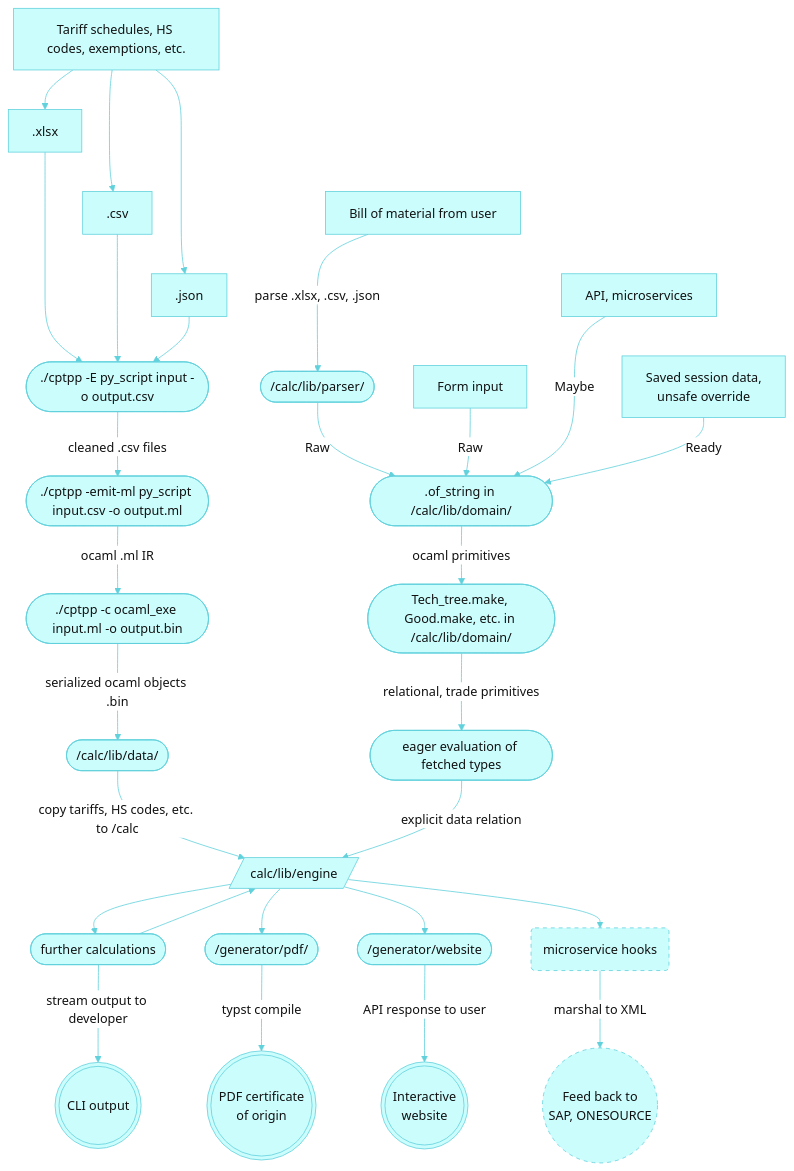
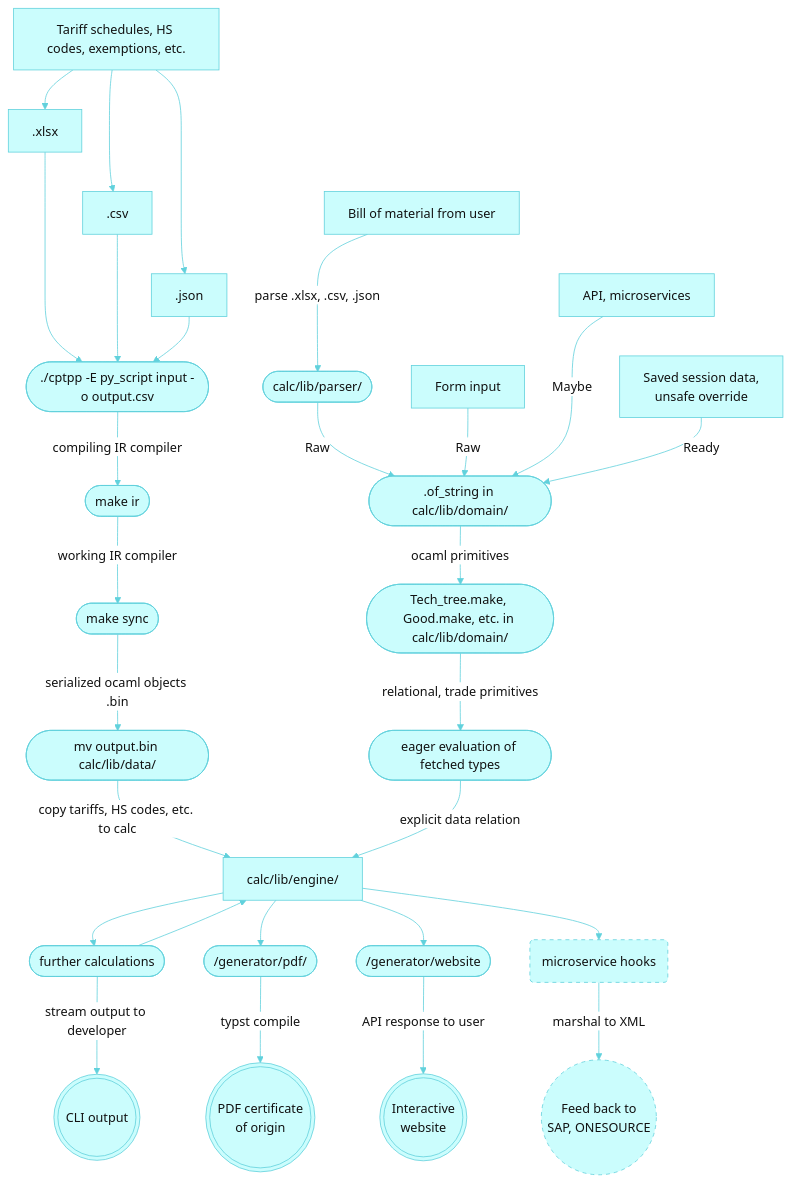
Before and after one commit to nguyenhoangan-monkey/cptpp-calculator: the diagram in README.md, drawn with Mermaid. The commit also changed 4 other files, not shown here.

Commit message:
add the flowchart

````diff
--- a/README.md
+++ b/README.md
@@ -27,63 +27,63 @@
 ```mermaid
 %%{init: {
   'theme': 'base', 
   'themeVariables': {
     'background': '#CBFDFD',
     'primaryColor': '#CBFDFD',
     'primaryTextColor': '#111111',
     'lineColor': '#61D1DC',
     'edgeLabelBackground': '#ffffff',
     'subgraphBackground': '#CBFDFD',
     'subgraphBorderColor': '#61D1DC',
     'clusterBkg': '#CBFDFD',
     'clusterBorder': '#61D1DC',
     'nodeBorder': '#61D1DC'
   } 
 }}%%
 graph TD
     Source[Tariff schedules, HS codes, exemptions, etc.] --> XLSX_Ingress
     Source --> CSV_Ingress
     Source --> JSON_Ingress
 
     XLSX_Ingress ~~~ CSV_Ingress ~~~ JSON_Ingress
     XLSX_Ingress[.xlsx]
     CSV_Ingress[.csv]
     JSON_Ingress[.json]
 
     XLSX_Ingress --> Step_1([./cptpp -E py_script input -o output.csv])
     CSV_Ingress  --> Step_1
     JSON_Ingress --> Step_1
     
-    Step_1 -->|cleaned .csv files| Step_2([./cptpp -emit-ml py_script input.csv -o output.ml])
-    Step_2 -->|ocaml .ml IR| Step_3([./cptpp -c ocaml_exe input.ml -o output.bin])
-    Step_3 -->|serialized ocaml objects .bin| Step_4([/calc/lib/data/])
+    Step_1 -->|compiling IR compiler| Step_2([make ir])
+    Step_2 -->|working IR compiler| Step_3([make sync])
+    Step_3 -->|serialized ocaml objects .bin| Step_4([mv output.bin calc/lib/data/])
 
     User ~~~ Payload ~~~ Override
-    User[Bill of material from user] -->|parse .xlsx, .csv, .json| Processing([/calc/lib/parser/])
-    Processing -->|Raw| Inter_Step1([.of_string in /calc/lib/domain/])
+    User[Bill of material from user] -->|parse .xlsx, .csv, .json| Processing([calc/lib/parser/])
+    Processing -->|Raw| Inter_Step1([.of_string in calc/lib/domain/])
     Forminput[Form input] -->|Raw| Inter_Step1
     Payload[API, microservices] -->|Maybe| Inter_Step1
     Override[Saved session data,<br>unsafe override] -->|Ready| Inter_Step1
 
-    Inter_Step1 -->|ocaml primitives| Inter_Step2([Tech_tree.make, Good.make, etc. in /calc/lib/domain/])
+    Inter_Step1 -->|ocaml primitives| Inter_Step2([Tech_tree.make, Good.make, etc. in calc/lib/domain/])
     Inter_Step2 -->|relational, trade primitives| Domain([eager evaluation of fetched types])
 
-    Step_4 -->|copy tariffs, HS codes, etc. to /calc| Step_5[/calc/lib/engine/]
+    Step_4 -->|copy tariffs, HS codes, etc. to calc| Step_5[calc/lib/engine/]
     Domain -->|explicit data relation| Step_5
     
     Step_5 --> Step_6A([further calculations])
     Step_6A --> Step_5
     Step_6A -->|stream output to developer| CLI_Product(((CLI output)))
 
     Step_5 --> Step_6B([/generator/pdf/])
     Step_6B -->|typst compile| PDF_Product(((PDF certificate<br>of origin)))
 
     Step_5 --> Step_6C([/generator/website])
     Step_6C -->|API response to user| Web_Product(((Interactive<br>website)))
 
     Step_5 --> Step_6D(microservice hooks)
     style Step_6D stroke-dasharray: 5 5
     Step_6D -->|marshal to XML| Pipeline((Feed back to<br>SAP, ONESOURCE))
     style Pipeline stroke-dasharray: 5 5
 
 ```
````
